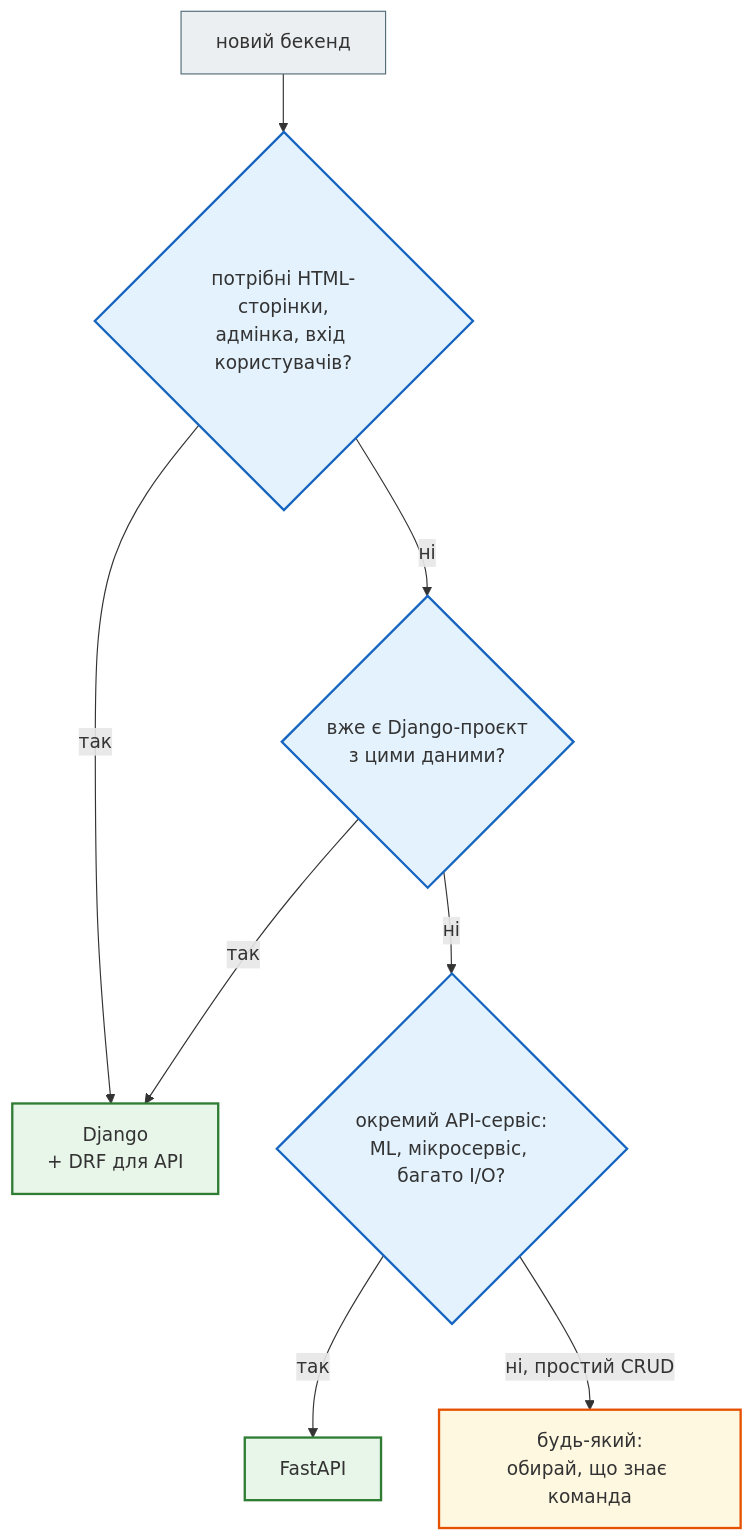
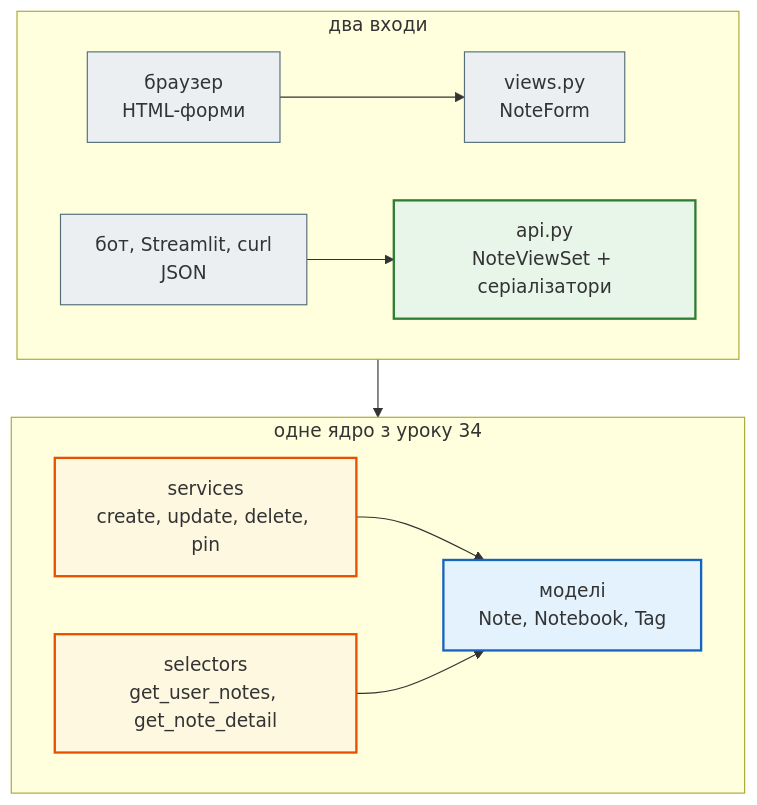
The first of 2 diagrams in docs/modules/m4/lesson_35.md (AlinaRadchenko/PY-Course-Victor-Nikoriak-22-09-2026), drawn with Mermaid before and after one commit. The commit also changed other lines of this file and 78 other files, not shown here.

````diff
--- a/docs/modules/m4/lesson_35.md
+++ b/docs/modules/m4/lesson_35.md
@@ -573,21 +57,26 @@
 ```mermaid
 flowchart TD
     classDef step     fill:#eceff1,stroke:#546e7a,stroke-width:1px;
     classDef decision fill:#e3f2fd,stroke:#1565c0,stroke-width:2px;
     classDef success  fill:#e8f5e9,stroke:#2e7d32,stroke-width:2px;
     classDef error    fill:#ffebee,stroke:#c62828,stroke-width:3px;
     classDef warning  fill:#fff8e1,stroke:#e65100,stroke-width:2px;
 
-    Q["новий бекенд"] --> A{"потрібні HTML-сторінки,<br>адмінка, вхід користувачів?"}
-    A -- так --> D["Django<br>+ DRF для API"]
-    A -- ні --> B{"вже є Django-проєкт<br>з цими даними?"}
-    B -- так --> D
-    B -- ні --> C{"окремий API-сервіс:<br>ML, мікросервіс, багато I/O?"}
-    C -- так --> F["FastAPI"]
-    C -- "ні, простий CRUD" --> E["будь-який:<br>обирай, що знає команда"]
+    subgraph IN ["два входи"]
+        direction LR
+        BR["браузер<br>HTML-форми"] --> HV["views.py<br>NoteForm"]
+        CL["бот, Streamlit, curl<br>JSON"] --> AV["api.py<br>NoteViewSet + серіалізатори"]
+    end
+    subgraph CORE ["одне ядро з уроку 34"]
+        direction LR
+        SV["services<br>create, update, delete, pin"] --> M["моделі<br>Note, Notebook, Tag"]
+        SL["selectors<br>get_user_notes, get_note_detail"] --> M
+    end
+    IN --> CORE
 
-    class Q step
-    class A,B,C decision
-    class D,F success
-    class E warning
+    class BR,CL step
+    class HV step
+    class AV success
+    class SV,SL warning
+    class M decision
 ```
````
